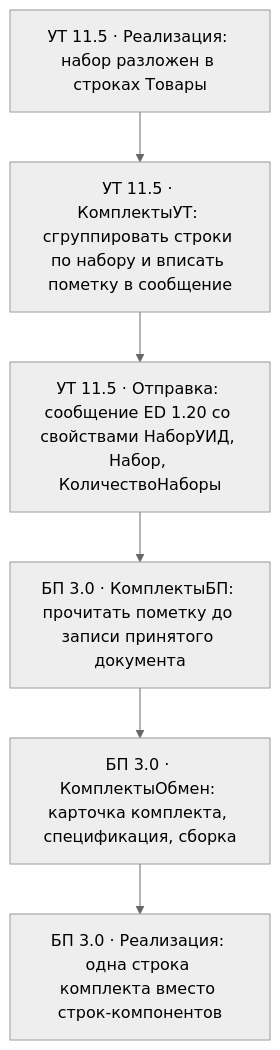
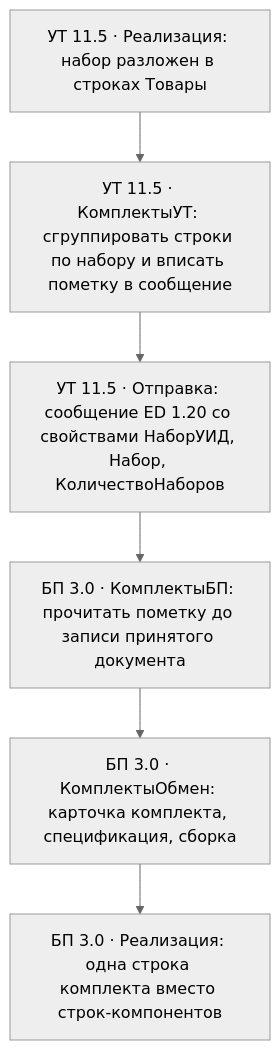
The diagram in docs/11-rasshirenie-komplekty.md (grevinden/komplekty-ut-bp), drawn with Mermaid (neutral theme) before and after one commit. The commit also changed other lines of this file and 30 other files, not shown here.

````diff
--- a/docs/11-rasshirenie-komplekty.md
+++ b/docs/11-rasshirenie-komplekty.md
@@ -52,8 +57,8 @@
 ```mermaid
 flowchart TB
     A["УТ 11.5 · Реализация: набор разложен в строках Товары"] --> B["УТ 11.5 · КомплектыУТ: сгруппировать строки по набору и вписать пометку в сообщение"]
-    B --> C["УТ 11.5 · Отправка: сообщение ED 1.20 со свойствами НаборУИД, Набор, КоличествоНаборы"]
+    B --> C["УТ 11.5 · Отправка: сообщение ED 1.20 со свойствами НаборУИД, Набор, КоличествоНаборов"]
     C --> D["БП 3.0 · КомплектыБП: прочитать пометку до записи принятого документа"]
     D --> E["БП 3.0 · КомплектыОбмен: карточка комплекта, спецификация, сборка"]
     E --> F["БП 3.0 · Реализация: одна строка комплекта вместо строк-компонентов"]
 ```
````
